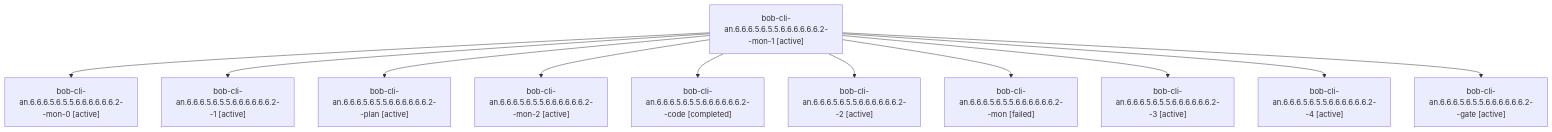
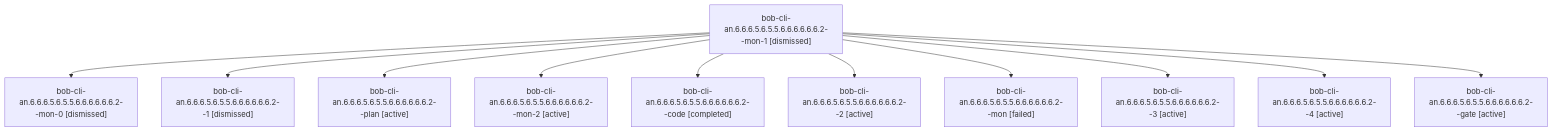
Before and after one commit to bobs-org/bob-cli--agents: the diagram in sessions/bbugyi200.athena.bob-cli-an.6.6.6.5.6.5.5.6.6.6.6.6.6.2.md, drawn with Mermaid. The commit also changed other lines of this file and 553 other files, not shown here.

````diff
--- a/sessions/bbugyi200.athena.bob-cli-an.6.6.6.5.6.5.5.6.6.6.6.6.6.2.md
+++ b/sessions/bbugyi200.athena.bob-cli-an.6.6.6.5.6.5.5.6.6.6.6.6.6.2.md
@@ -9,24 +9,24 @@
 ```mermaid
 flowchart TD
-  n0["bob-cli-an.6.6.6.5.6.5.5.6.6.6.6.6.6.2--mon-1 [active]"]
-  n1["bob-cli-an.6.6.6.5.6.5.5.6.6.6.6.6.6.2--mon-0 [active]"]
+  n0["bob-cli-an.6.6.6.5.6.5.5.6.6.6.6.6.6.2--mon-1 [dismissed]"]
+  n1["bob-cli-an.6.6.6.5.6.5.5.6.6.6.6.6.6.2--mon-0 [dismissed]"]
   n0 --> n1
-  n2["bob-cli-an.6.6.6.5.6.5.5.6.6.6.6.6.6.2--1 [active]"]
+  n2["bob-cli-an.6.6.6.5.6.5.5.6.6.6.6.6.6.2--1 [dismissed]"]
   n0 --> n2
   n3["bob-cli-an.6.6.6.5.6.5.5.6.6.6.6.6.6.2--plan [active]"]
   n0 --> n3
   n4["bob-cli-an.6.6.6.5.6.5.5.6.6.6.6.6.6.2--mon-2 [active]"]
   n0 --> n4
   n5["bob-cli-an.6.6.6.5.6.5.5.6.6.6.6.6.6.2--code [completed]"]
   n0 --> n5
   n6["bob-cli-an.6.6.6.5.6.5.5.6.6.6.6.6.6.2--2 [active]"]
   n0 --> n6
   n7["bob-cli-an.6.6.6.5.6.5.5.6.6.6.6.6.6.2--mon [failed]"]
   n0 --> n7
   n8["bob-cli-an.6.6.6.5.6.5.5.6.6.6.6.6.6.2--3 [active]"]
   n0 --> n8
   n9["bob-cli-an.6.6.6.5.6.5.5.6.6.6.6.6.6.2--4 [active]"]
   n0 --> n9
   n10["bob-cli-an.6.6.6.5.6.5.5.6.6.6.6.6.6.2--gate [active]"]
   n0 --> n10
 ```
````
